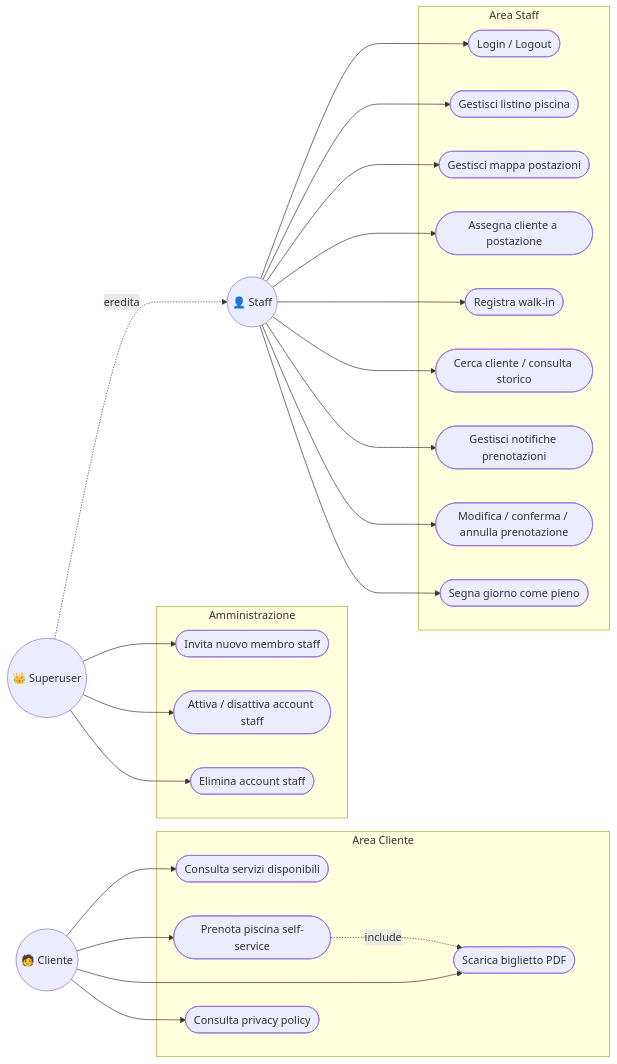
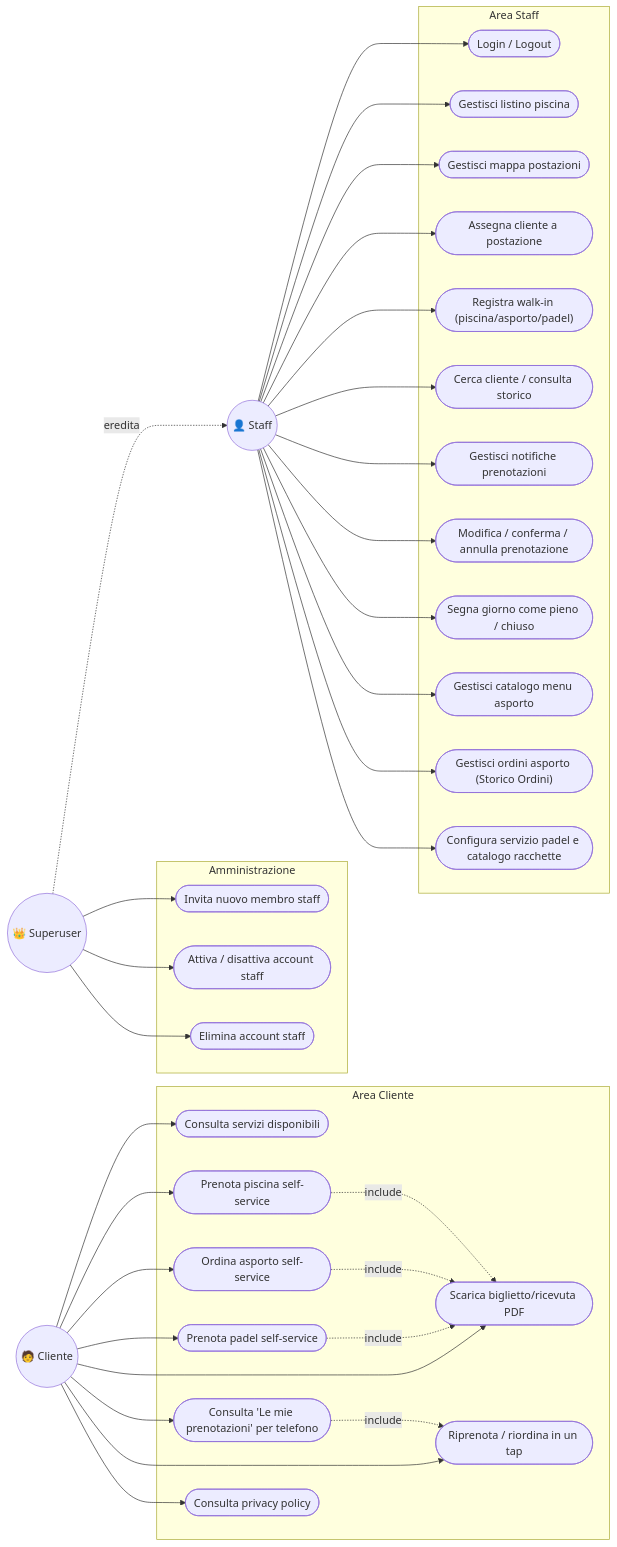
Before and after one commit to lor07enzo/Gestionale-Le-Gole: the second of 10 diagrams in UML.md, drawn with Mermaid. The commit also changed other lines of this file and 94 other files, not shown here.

````diff
--- a/UML.md
+++ b/UML.md
@@ -66,52 +77,69 @@
 ```mermaid
 flowchart LR
     Cliente(("🧑 Cliente"))
     Staff(("👤 Staff"))
     Superuser(("👑 Superuser"))
 
     subgraph AC["Area Cliente"]
         UC1(["Consulta servizi disponibili"])
         UC2(["Prenota piscina self-service"])
-        UC3(["Scarica biglietto PDF"])
+        UC2b(["Ordina asporto self-service"])
+        UC2c(["Prenota padel self-service"])
+        UC3(["Scarica biglietto/ricevuta PDF"])
+        UC17(["Consulta 'Le mie prenotazioni' per telefono"])
+        UC18(["Riprenota / riordina in un tap"])
         UC4(["Consulta privacy policy"])
     end
 
     subgraph AS["Area Staff"]
         UC5(["Login / Logout"])
         UC6(["Gestisci listino piscina"])
         UC7(["Gestisci mappa postazioni"])
         UC8(["Assegna cliente a postazione"])
-        UC9(["Registra walk-in"])
+        UC9(["Registra walk-in (piscina/asporto/padel)"])
         UC10(["Cerca cliente / consulta storico"])
         UC11(["Gestisci notifiche prenotazioni"])
         UC12(["Modifica / conferma / annulla prenotazione"])
-        UC13(["Segna giorno come pieno"])
+        UC13(["Segna giorno come pieno / chiuso"])
+        UC19(["Gestisci catalogo menu asporto"])
+        UC20(["Gestisci ordini asporto (Storico Ordini)"])
+        UC21(["Configura servizio padel e catalogo racchette"])
     end
 
     subgraph SU["Amministrazione"]
         UC14(["Invita nuovo membro staff"])
         UC15(["Attiva / disattiva account staff"])
         UC16(["Elimina account staff"])
     end
 
     Cliente --> UC1
     Cliente --> UC2
+    Cliente --> UC2b
+    Cliente --> UC2c
     Cliente --> UC3
+    Cliente --> UC17
+    Cliente --> UC18
     Cliente --> UC4
     UC2 -. include .-> UC3
+    UC2b -. include .-> UC3
+    UC2c -. include .-> UC3
+    UC17 -. include .-> UC18
 
     Staff --> UC5
     Staff --> UC6
     Staff --> UC7
     Staff --> UC8
     Staff --> UC9
     Staff --> UC10
     Staff --> UC11
     Staff --> UC12
     Staff --> UC13
+    Staff --> UC19
+    Staff --> UC20
+    Staff --> UC21
 
     Superuser -. eredita .-> Staff
     Superuser --> UC14
     Superuser --> UC15
     Superuser --> UC16
 ```
````
